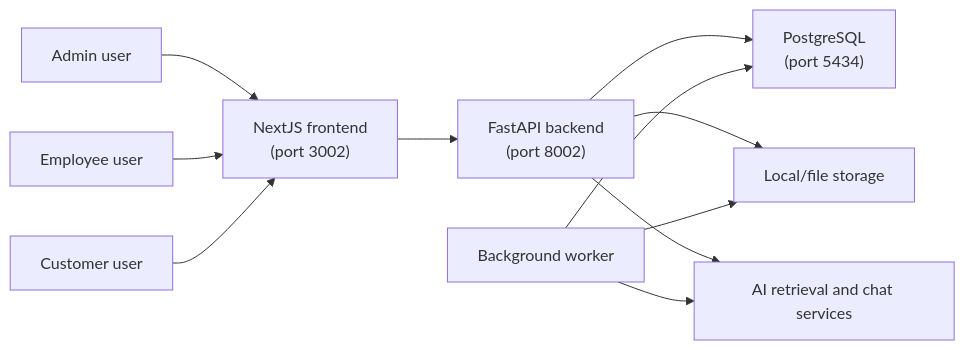
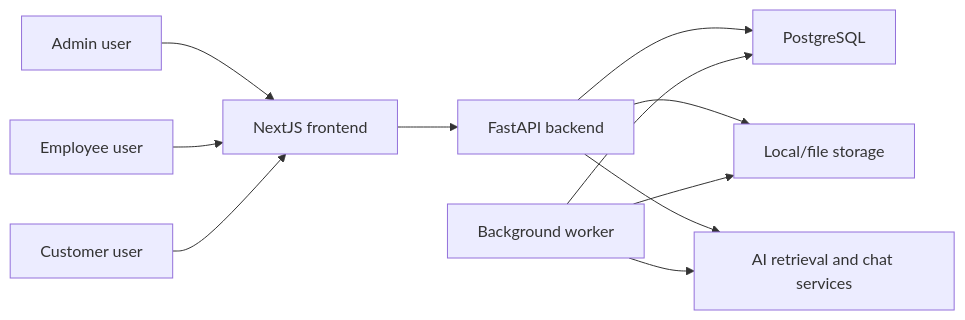
The first of 2 diagrams in docs/ARCHITECTURE.md (phattpde140043/insurance-ops-platform), drawn with Mermaid before and after one commit. The commit also changed other lines of this file, not shown here.

Commit message:
docs: refine architecture portfolio narrative

````diff
--- a/docs/ARCHITECTURE.md
+++ b/docs/ARCHITECTURE.md
@@ -109,23 +86,23 @@
 ```mermaid
 flowchart LR
     Admin["Admin user"]
     Employee["Employee user"]
     Customer["Customer user"]
-    Frontend["NextJS frontend\n(port 3002)"]
-    Backend["FastAPI backend\n(port 8002)"]
+    Frontend["NextJS frontend"]
+    Backend["FastAPI backend"]
     Worker["Background worker"]
-    Db["PostgreSQL\n(port 5434)"]
+    Db["PostgreSQL"]
     Storage["Local/file storage"]
     Ai["AI retrieval and chat services"]
 
     Admin --> Frontend
     Employee --> Frontend
     Customer --> Frontend
     Frontend --> Backend
     Backend --> Db
     Backend --> Storage
     Backend --> Ai
     Worker --> Db
     Worker --> Storage
     Worker --> Ai
 ```
````
